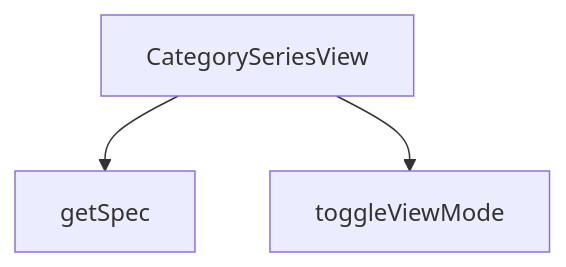
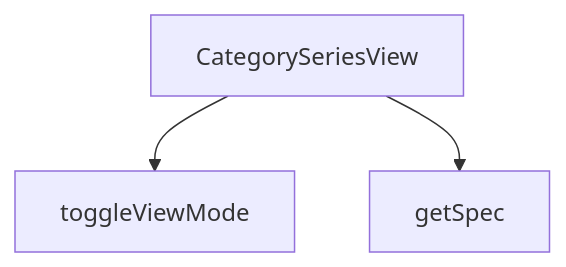
Before and after one commit to peckop/venthub-hvac-esite: the diagram in src/views/category/CategorySeriesView.md, drawn with Mermaid. The commit also changed other lines of this file and 429 other files, not shown here.

````diff
--- a/src/views/category/CategorySeriesView.md
+++ b/src/views/category/CategorySeriesView.md
@@ -146,8 +139,8 @@
 ```mermaid
 graph TD
     CategorySeriesView_tsx__CategorySeriesView["CategorySeriesView"]
     CategorySeriesView_tsx__getSpec["getSpec"]
     CategorySeriesView_tsx__toggleViewMode["toggleViewMode"]
+    CategorySeriesView_tsx__CategorySeriesView --> CategorySeriesView_tsx__toggleViewMode
     CategorySeriesView_tsx__CategorySeriesView --> CategorySeriesView_tsx__getSpec
-    CategorySeriesView_tsx__CategorySeriesView --> CategorySeriesView_tsx__toggleViewMode
 ```
````
